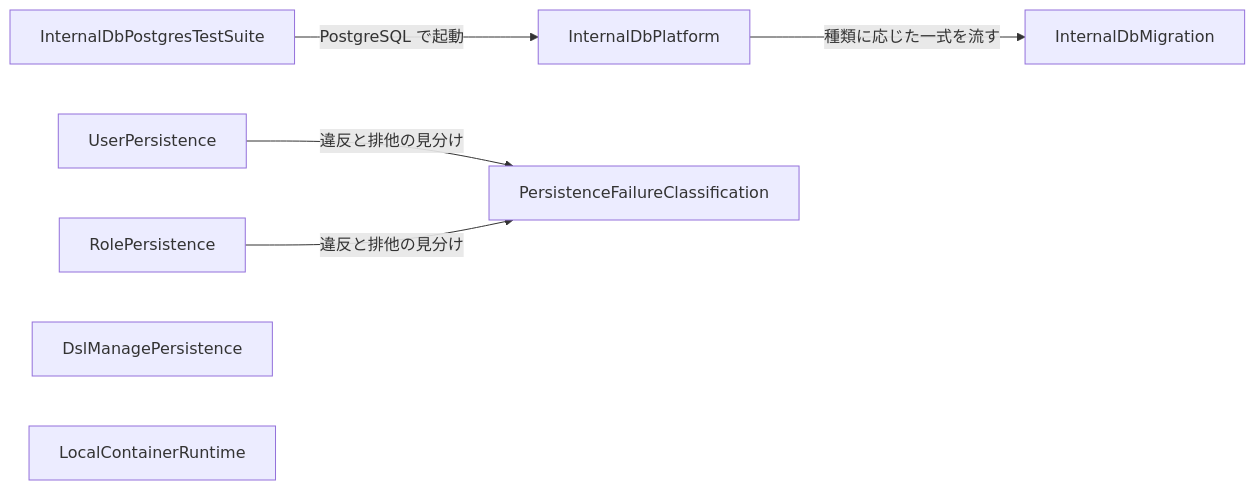
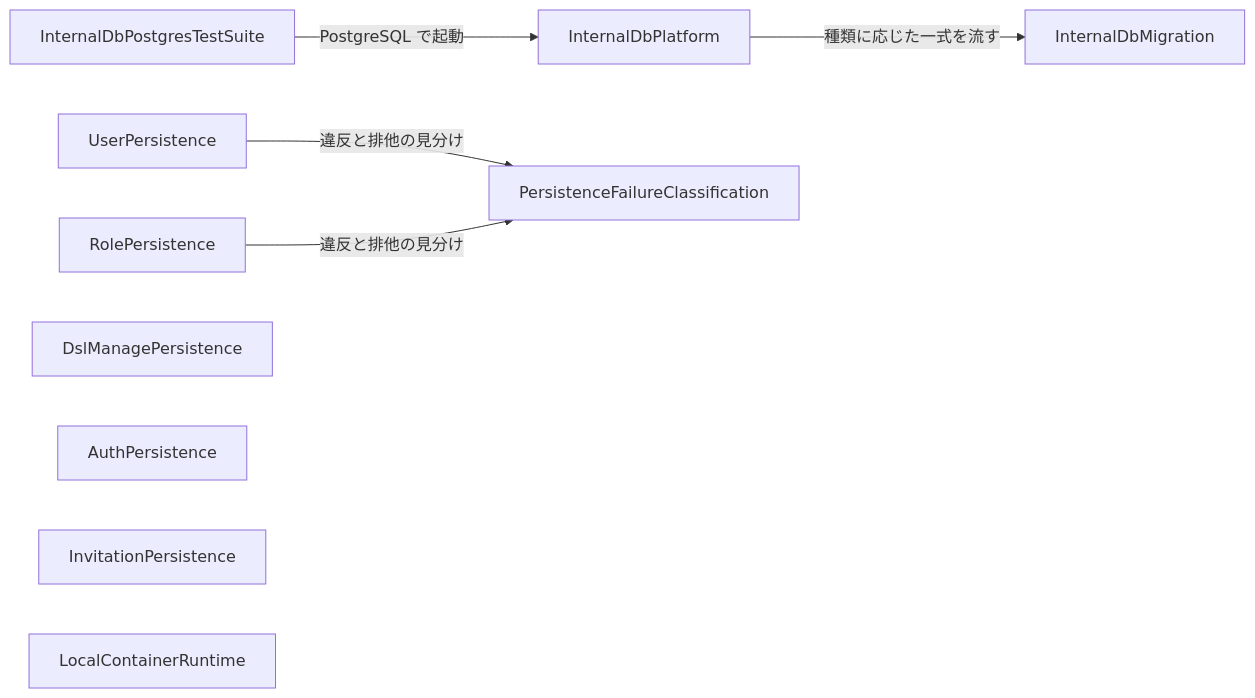
The diagram in aidlc/spaces/default/intents/261114-internal-db-postgresql/inception/domain-design/components.md (agwlvssainokuni/mastersmith2), drawn with Mermaid before and after one commit. The commit also changed other lines of this file and 4 other files, not shown here.

````diff
--- a/aidlc/spaces/default/intents/261114-internal-db-postgresql/inception/domain-design/components.md
+++ b/aidlc/spaces/default/intents/261114-internal-db-postgresql/inception/domain-design/components.md
@@ -206,9 +254,11 @@
 ```mermaid
 graph LR
   InternalDbPlatform -->|種類に応じた一式を流す| InternalDbMigration
   UserPersistence -->|違反と排他の見分け| PersistenceFailureClassification
   RolePersistence -->|違反と排他の見分け| PersistenceFailureClassification
   InternalDbPostgresTestSuite -->|PostgreSQL で起動| InternalDbPlatform
   DslManagePersistence
+  AuthPersistence
+  InvitationPersistence
   LocalContainerRuntime
 ```
````
